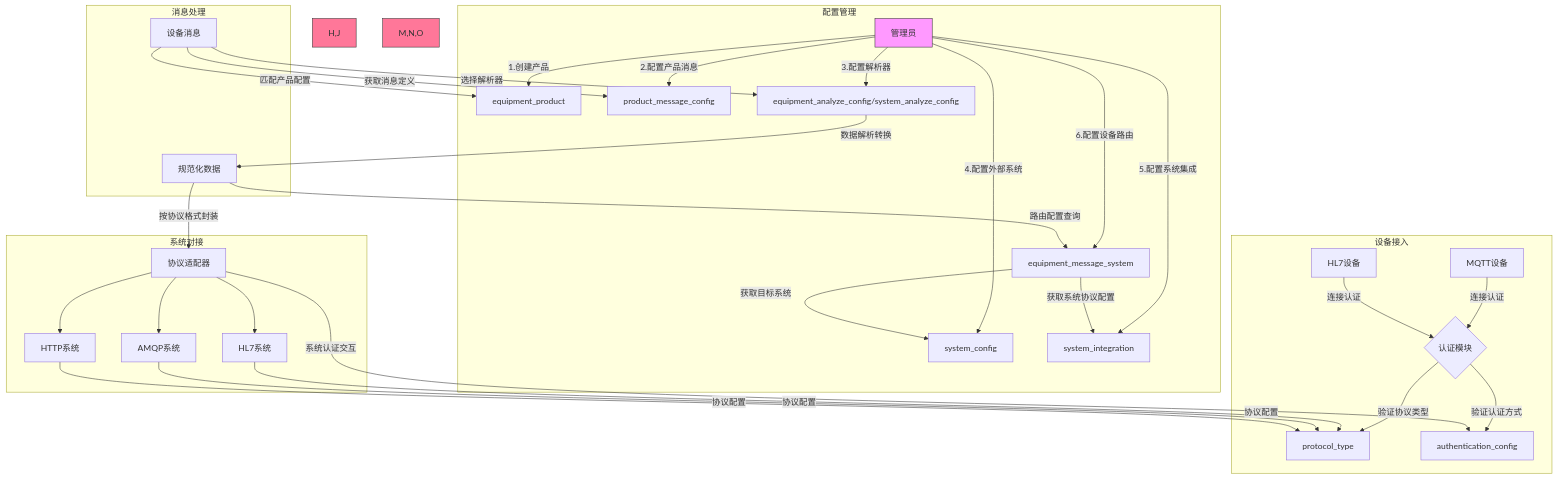
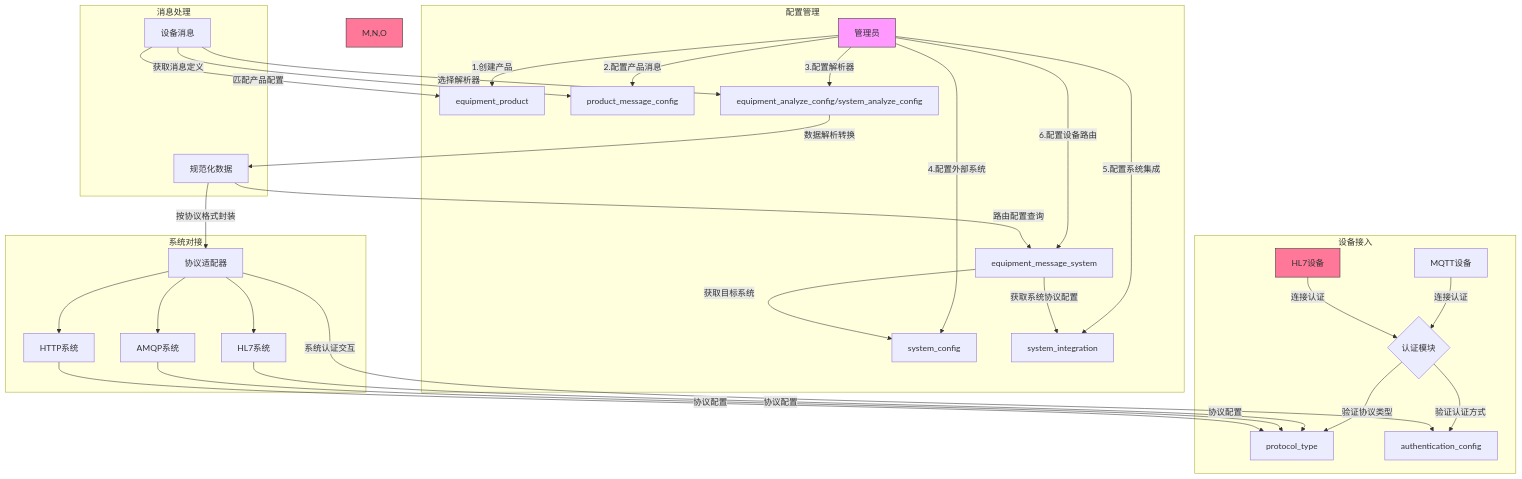
One commit to fuyong859050943/iodraw-files changed the diagram in all/未命名-6.md. Above: the diagram before and after it, drawn with Mermaid.

Commit message:
2025-02-25 19:42:36 update

````diff
--- a/all/未命名-6.md
+++ b/all/未命名-6.md
@@ -1,43 +1,43 @@
 ```mermaid
 flowchart TD
     subgraph 配置管理
         A[管理员] -->|1.创建产品| B[equipment_product]
         A -->|2.配置产品消息| C[product_message_config]
         A -->|3.配置解析器| D[equipment_analyze_config/system_analyze_config]
         A -->|4.配置外部系统| E[system_config]
         A -->|5.配置系统集成| F[system_integration]
         A -->|6.配置设备路由| G[equipment_message_system]
     end
     
     subgraph 设备接入
         H[MQTT设备] -->|连接认证| I{认证模块}
         J[HL7设备] -->|连接认证| I
         I -->|验证协议类型| protocol_type
         I -->|验证认证方式| authentication_config
     end
     
     subgraph 消息处理
         K[设备消息] -->|匹配产品配置| B
         K -->|获取消息定义| C
         K -->|选择解析器| D
         D -->|数据解析转换| L[规范化数据]
         L -->|路由配置查询| G
         G -->|获取目标系统| E
         G -->|获取系统协议配置| F
     end
     
     subgraph 系统对接
         M[HL7系统] -->|协议配置| protocol_type
         N[AMQP系统] -->|协议配置| protocol_type
         O[HTTP系统] -->|协议配置| protocol_type
         L -->|按协议格式封装| P[协议适配器]
         P -->|系统认证交互| authentication_config
         P --> M
         P --> N
         P --> O
     end
     
     style A fill:#f9f,stroke:#333
-    style H,J fill:#f79,stroke:#333
+    style J fill:#f79,stroke:#333
     style M,N,O fill:#f79,stroke:#333
 ```
````
